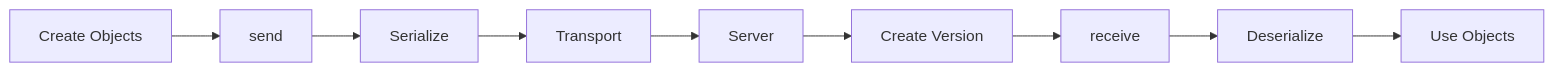
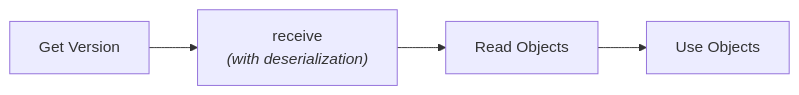
The second of 2 diagrams in developers/sdks/python/concepts/overview.mdx (specklesystems/speckle-docs-NEW), drawn with Mermaid before and after one commit. The commit also changed other lines of this file, not shown here.

Commit message:
Improve explanation of serialization, orphaned objects, and object lifecycle in overview.mdx

````diff
--- a/developers/sdks/python/concepts/overview.mdx
+++ b/developers/sdks/python/concepts/overview.mdx
@@ -276,11 +318,6 @@
 ```mermaid
 graph LR
-    A[Create Objects] --> B[send]
-    B --> C[Serialize]
-    C --> D[Transport]
-    D --> E[Server]
-    E --> F[Create Version]
-    F --> G[receive]
-    G --> H[Deserialize]
-    H --> I[Use Objects]
+    A["Get Version"] --> B["receive<br/><i>(with deserialization)</i>"]
+    B --> C["Read Objects"]
+    C --> D["Use Objects"]
 ```
````
